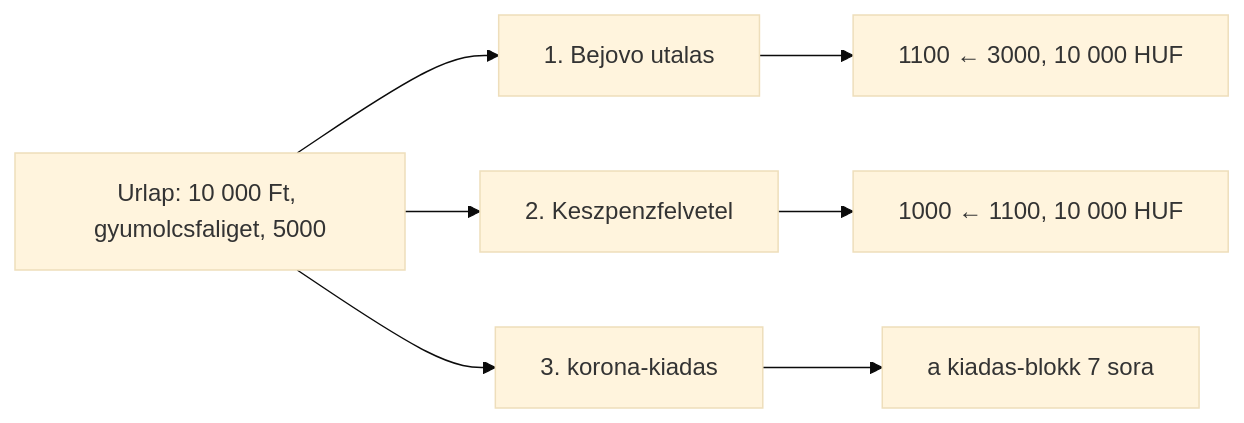
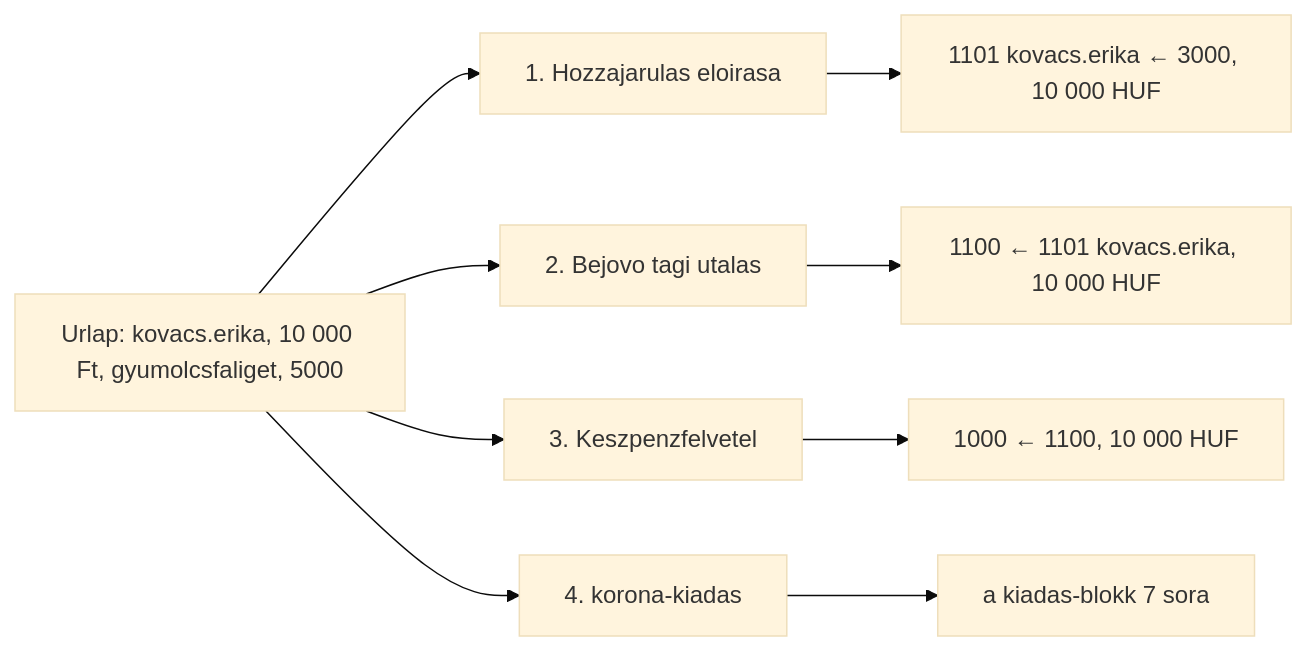
One commit to pitiboy/curr changed diagram 16 of 17 in docs/transaction-workflow.md. Above: the diagram before and after it, drawn with Mermaid (base theme). The commit also changed other lines of this file and 31 other files, not shown here.

````diff
--- a/docs/transaction-workflow.md
+++ b/docs/transaction-workflow.md
@@ -320,14 +757,17 @@
 ```mermaid
 flowchart LR
-  formNode["Urlap: 10 000 Ft, gyumolcsfaliget, 5000"]
-  utalas["1. Bejovo utalas"]
-  felv["2. Keszpenzfelvetel"]
-  blokk["3. korona-kiadas"]
-  sor1["1100 ← 3000, 10 000 HUF"]
+  formNode["Urlap: kovacs.erika, 10 000 Ft, gyumolcsfaliget, 5000"]
+  eloiras["1. Hozzajarulas eloirasa"]
+  utalas["2. Bejovo tagi utalas"]
+  felv["3. Keszpenzfelvetel"]
+  blokk["4. korona-kiadas"]
+  sor0["1101 kovacs.erika ← 3000, 10 000 HUF"]
+  sor1["1100 ← 1101 kovacs.erika, 10 000 HUF"]
   sor2["1000 ← 1100, 10 000 HUF"]
   sorok["a kiadas-blokk 7 sora"]
 
+  formNode --> eloiras --> sor0
   formNode --> utalas --> sor1
   formNode --> felv --> sor2
   formNode --> blokk --> sorok
 ```
````
